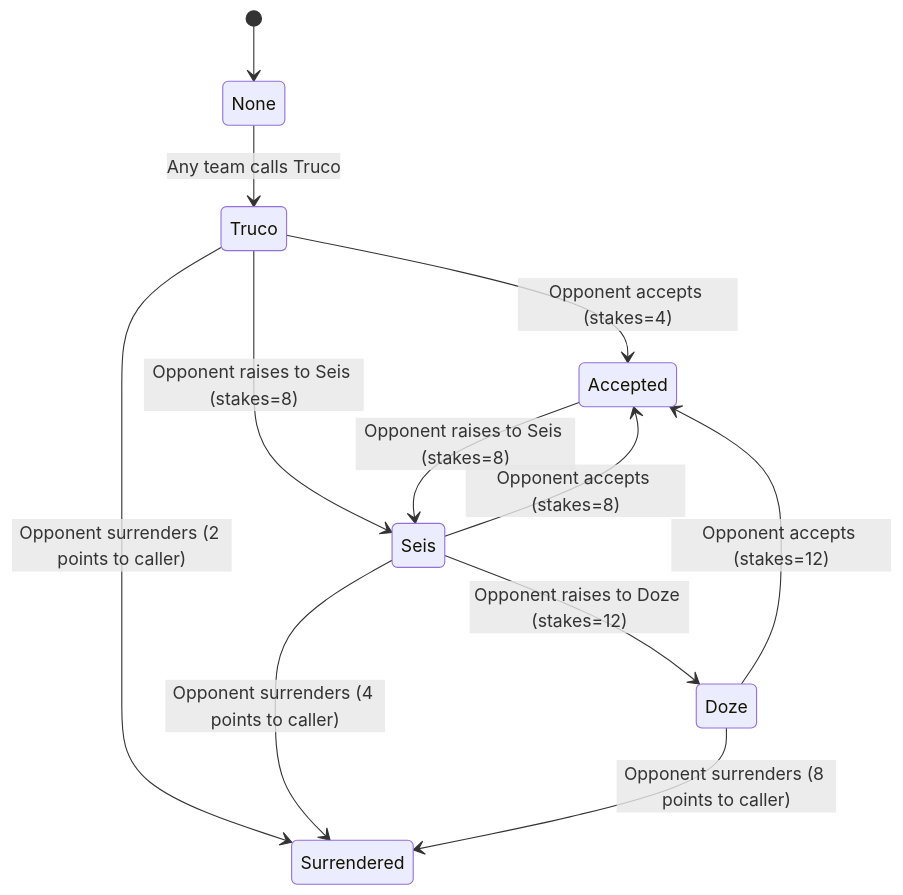
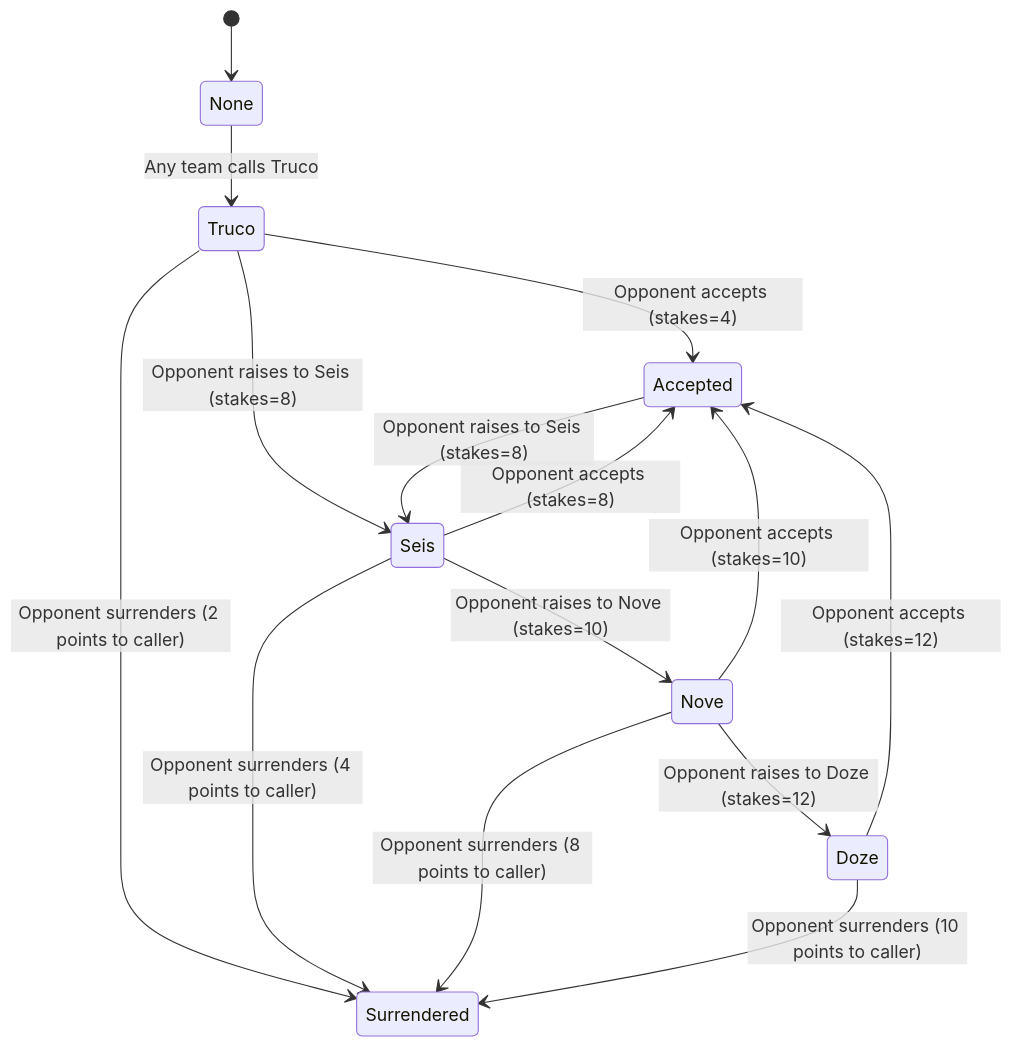
One commit to brunoslr/truco-backend changed the first of 2 diagrams in README.md. Above: the diagram before and after it, drawn with Mermaid. The commit also changed other lines of this file and 26 other files, not shown here.

````diff
--- a/README.md
+++ b/README.md
@@ -95,14 +126,17 @@
 ```mermaid
 stateDiagram-v2
     [*] --> None
     None --> Truco: Any team calls Truco
     Truco --> Accepted: Opponent accepts (stakes=4)
     Truco --> Surrendered: Opponent surrenders (2 points to caller)
     Truco --> Seis: Opponent raises to Seis (stakes=8)
     Accepted --> Seis: Opponent raises to Seis (stakes=8)
     Seis --> Accepted: Opponent accepts (stakes=8)
     Seis --> Surrendered: Opponent surrenders (4 points to caller)
-    Seis --> Doze: Opponent raises to Doze (stakes=12)
+    Seis --> Nove: Opponent raises to Nove (stakes=10)
+    Nove --> Accepted: Opponent accepts (stakes=10)
+    Nove --> Surrendered: Opponent surrenders (8 points to caller)
+    Nove --> Doze: Opponent raises to Doze (stakes=12)
     Doze --> Accepted: Opponent accepts (stakes=12)
-    Doze --> Surrendered: Opponent surrenders (8 points to caller)
+    Doze --> Surrendered: Opponent surrenders (10 points to caller)
 ```
````
